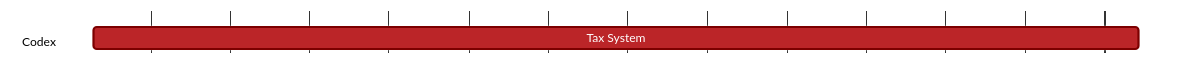
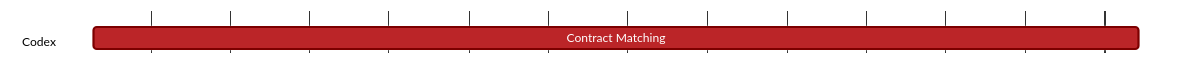
One commit to logos-co/roadmap changed the diagram in content/vac/tke/g/codex/contract-matching.md. Above: the diagram before and after it, drawn with Mermaid. The commit also changed 3 other files, not shown here.

Commit message:
Fixing section in mermaid of TMs #3

````diff
--- a/content/vac/tke/g/codex/contract-matching.md
+++ b/content/vac/tke/g/codex/contract-matching.md
@@ -7,19 +7,19 @@
 ```mermaid
 %%{ 
   init: { 
     'theme': 'base', 
     'themeVariables': { 
       'primaryColor': '#BB2528', 
       'primaryTextColor': '#fff', 
       'primaryBorderColor': '#7C0000', 
       'lineColor': '#F8B229', 
       'secondaryColor': '#006100', 
       'tertiaryColor': '#fff' 
     } 
   } 
 }%%
 gantt
 	dateFormat YYYY-MM-DD
 	section Codex
-		Tax System :, 2024-10-01, 2025-01-01
+		Contract Matching :, 2024-10-01, 2025-01-01
 ```
````
